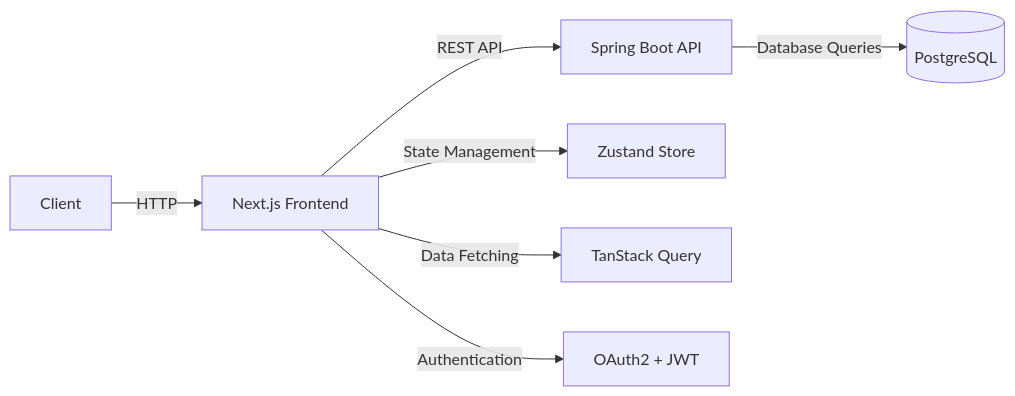
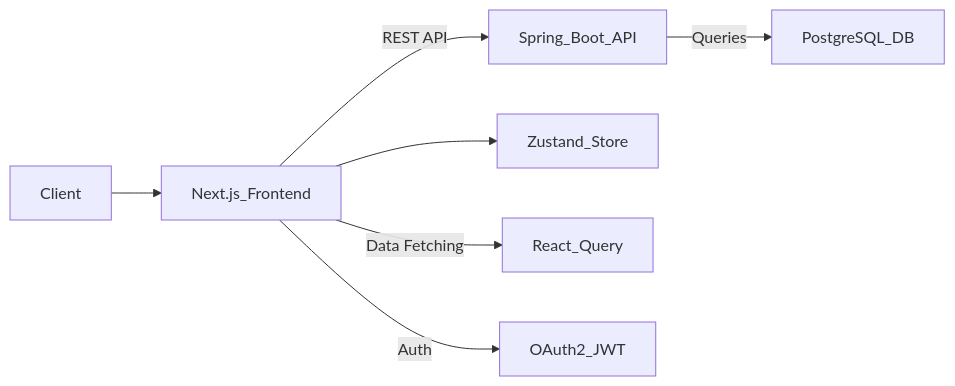
The first of 5 diagrams in frontend/README.md (aharoJ/barbershop), drawn with Mermaid before and after one commit. The commit also changed other lines of this file and 2 other files, not shown here.

````diff
--- a/frontend/README.md
+++ b/frontend/README.md
@@ -40,9 +63,9 @@
 ```mermaid
 graph LR
-  A[Client] -->|HTTP| B[Next.js Frontend]
-  B -->|REST API| C[Spring Boot API]
-  C -->|Database Queries| D[(PostgreSQL)]
-  B -->|State Management| E[Zustand Store]
-  B -->|Data Fetching| F[TanStack Query]
-  B -->|Authentication| G[OAuth2 + JWT]
+  Client --> Next.js_Frontend
+  Next.js_Frontend -->|REST API| Spring_Boot_API
+  Spring_Boot_API -->|Queries| PostgreSQL_DB
+  Next.js_Frontend --> Zustand_Store
+  Next.js_Frontend -->|Data Fetching| React_Query
+  Next.js_Frontend -->|Auth| OAuth2_JWT
 ```
````
